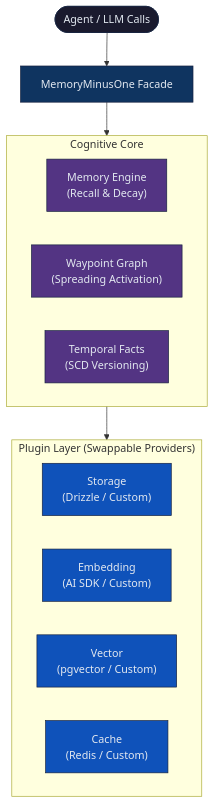
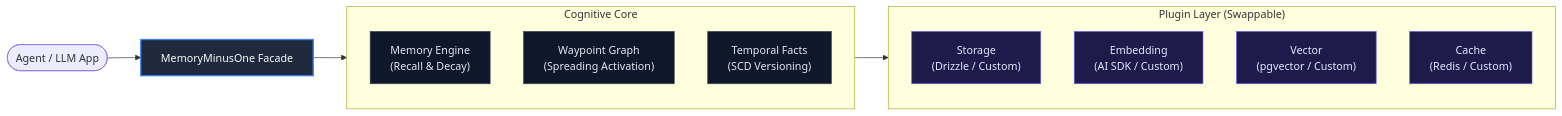
The diagram in README.md (NormVg/MemoryMinusOne), drawn with Mermaid before and after one commit. The commit also changed other lines of this file, not shown here.

Commit message:
docs: style README diagram layout horizontally

````diff
--- a/README.md
+++ b/README.md
@@ -83,28 +83,28 @@
 ```mermaid
-flowchart TD
-    classDef default fill:#1a1a2e,stroke:#16213e,color:#e2e8f0;
-    classDef facade fill:#0f3460,stroke:#16213e,color:#e2e8f0;
-    classDef core fill:#533483,stroke:#16213e,color:#e2e8f0;
-    classDef plugin fill:#0f52ba,stroke:#16213e,color:#e2e8f0;
+flowchart LR
+    %% Style Definitions
+    classDef facade fill:#1e293b,stroke:#3b82f6,stroke-width:2px,color:#f8fafc;
+    classDef core fill:#0f172a,stroke:#334155,stroke-width:1px,color:#e2e8f0;
+    classDef plugin fill:#1e1b4b,stroke:#6366f1,stroke-width:1px,color:#e0e7ff;
+    classDef external fill:#0f2942,stroke:#0284c7,stroke-width:1px,color:#e0f2fe;
 
-    Agent([Agent / LLM Calls]) --> MMO[MemoryMinusOne Facade]:::facade
+    Agent([Agent / LLM App]) --> MMO[MemoryMinusOne Facade]:::facade
     
     subgraph Core ["Cognitive Core"]
-        direction LR
+        direction TB
         Engine["Memory Engine<br/>(Recall & Decay)"]:::core
         Graph["Waypoint Graph<br/>(Spreading Activation)"]:::core
         Facts["Temporal Facts<br/>(SCD Versioning)"]:::core
     end
     
-    MMO --> Core
-    
-    subgraph Plugins ["Plugin Layer (Swappable Providers)"]
-        direction LR
+    subgraph Plugins ["Plugin Layer (Swappable)"]
+        direction TB
         Storage["Storage<br/>(Drizzle / Custom)"]:::plugin
         Embedding["Embedding<br/>(AI SDK / Custom)"]:::plugin
         Vector["Vector<br/>(pgvector / Custom)"]:::plugin
         Cache["Cache<br/>(Redis / Custom)"]:::plugin
     end
 
+    MMO --> Core
     Core --> Plugins
 ```
````
